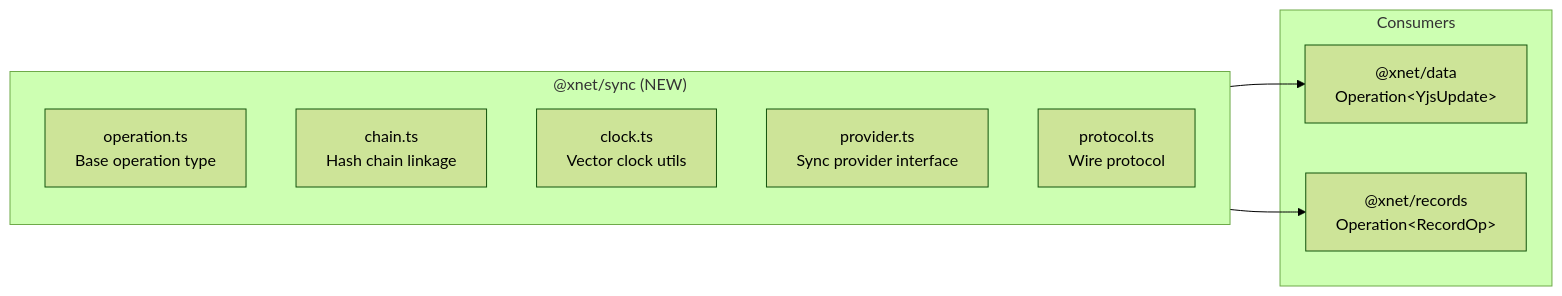
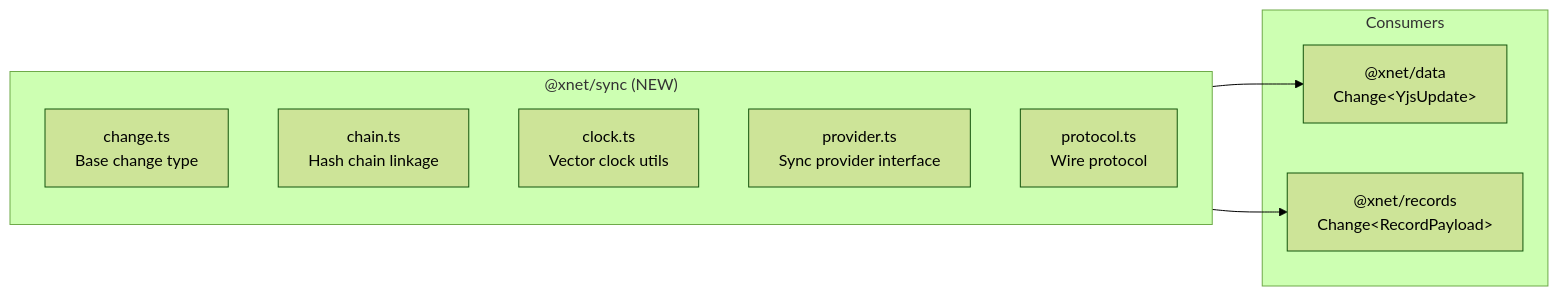
Before and after one commit to crs48/xNet: the third of 8 diagrams in docs/CODEBASE_REVIEW.md, drawn with Mermaid (forest theme). The commit also changed other lines of this file and 5 other files, not shown here.

````diff
--- a/docs/CODEBASE_REVIEW.md
+++ b/docs/CODEBASE_REVIEW.md
@@ -162,18 +162,18 @@
 ```mermaid
 flowchart LR
     subgraph sync["@xnet/sync (NEW)"]
-        OP["operation.ts<br/>Base operation type"]
+        OP["change.ts<br/>Base change type"]
         CHAIN["chain.ts<br/>Hash chain linkage"]
         CLOCK["clock.ts<br/>Vector clock utils"]
         PROV["provider.ts<br/>Sync provider interface"]
         PROTO["protocol.ts<br/>Wire protocol"]
     end
 
     subgraph consumers["Consumers"]
-        DATA["@xnet/data<br/>Operation&lt;YjsUpdate&gt;"]
-        RECORDS["@xnet/records<br/>Operation&lt;RecordOp&gt;"]
+        DATA["@xnet/data<br/>Change&lt;YjsUpdate&gt;"]
+        RECORDS["@xnet/records<br/>Change&lt;RecordPayload&gt;"]
     end
 
     sync --> DATA
     sync --> RECORDS
 ```
````
